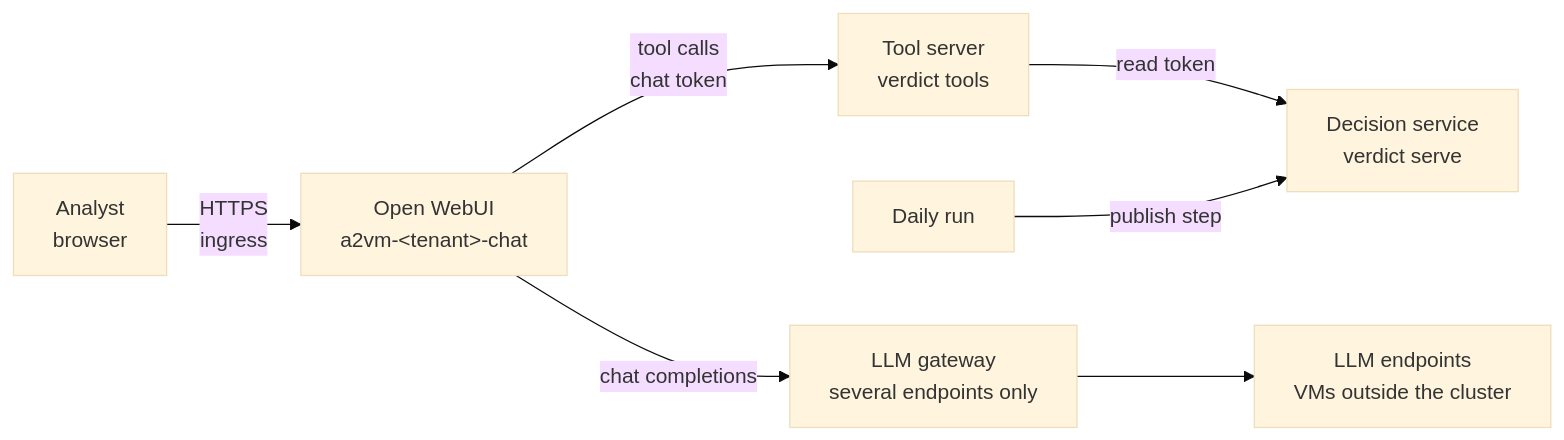
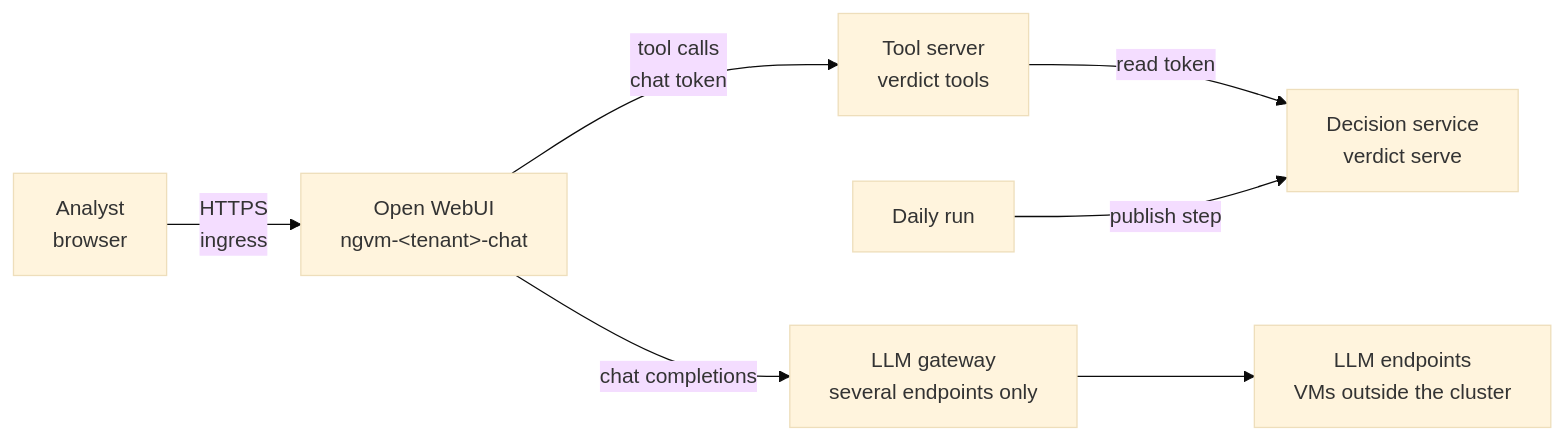
The diagram in docs/chat.md (sylf74/a2vm), drawn with Mermaid (base theme) before and after one commit. The commit also changed other lines of this file and 453 other files, not shown here.

````diff
--- a/docs/chat.md
+++ b/docs/chat.md
@@ -9,9 +9,9 @@
 ```mermaid
 flowchart LR
-  analyst["Analyst<br/>browser"] -- "HTTPS<br/>ingress" --> chat["Open WebUI<br/>a2vm-&lt;tenant&gt;-chat"]
+  analyst["Analyst<br/>browser"] -- "HTTPS<br/>ingress" --> chat["Open WebUI<br/>ngvm-&lt;tenant&gt;-chat"]
   chat -- "tool calls<br/>chat token" --> tools["Tool server<br/>verdict tools"]
   tools -- "read token" --> verdict["Decision service<br/>verdict serve"]
   chat -- "chat completions" --> gw["LLM gateway<br/>several endpoints only"]
   gw --> llm["LLM endpoints<br/>VMs outside the cluster"]
   daily["Daily run"] -- "publish step" --> verdict
 ```
````
